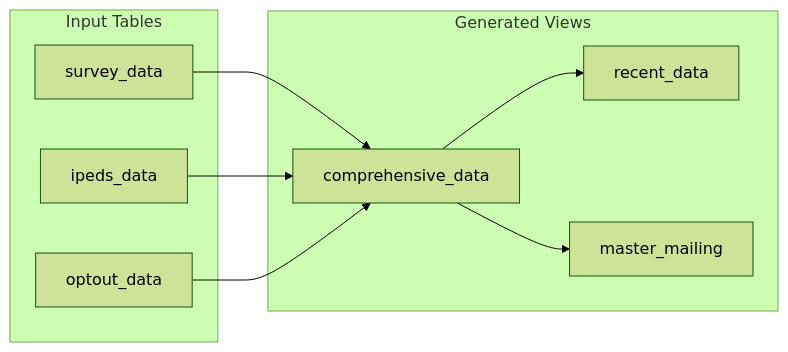
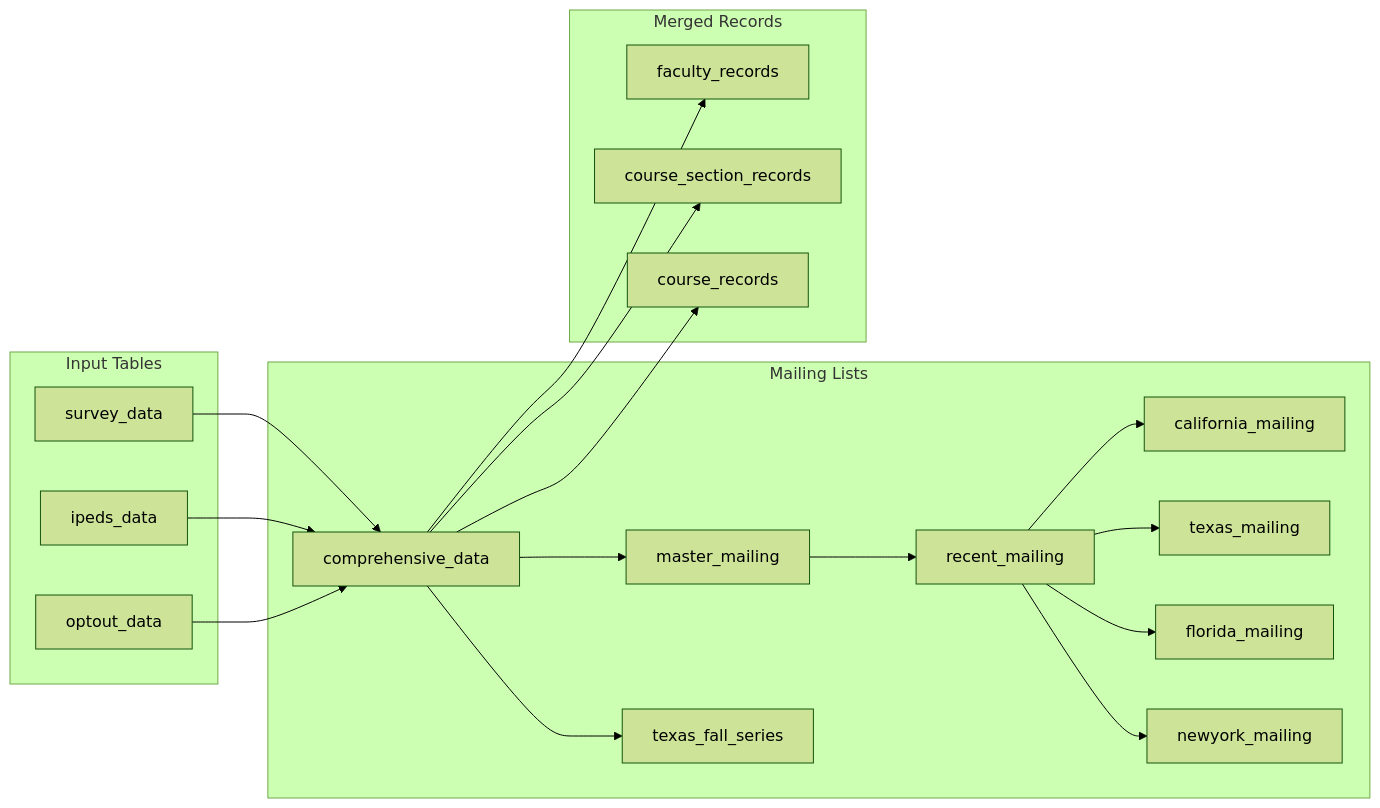
Before and after one commit to christopherseaman/commodoreSQL: the first of 7 diagrams in docs/process_documentation.md, drawn with Mermaid (forest theme). The commit also changed other lines of this file and 8 other files, not shown here.

````diff
--- a/docs/process_documentation.md
+++ b/docs/process_documentation.md
@@ -11,20 +11,41 @@
 ```mermaid
 graph LR
     subgraph "Input Tables"
         S[survey_data]
         I[ipeds_data]
         O[optout_data]
     end
     
-    subgraph "Generated Views"
+    subgraph "Mailing Lists"
         CD[comprehensive_data]
-        RD[recent_data]
         MM[master_mailing]
+        RM[recent_mailing]
+        CA[california_mailing]
+        TX[texas_mailing]
+        FL[florida_mailing]
+        NY[newyork_mailing]
+        TXF[texas_fall_series]
+    end
+    
+    subgraph "Merged Records"
+        FR[faculty_records]
+        CSR[course_section_records]
+        CR[course_records]
     end
     
     S --> CD
     I --> CD
     O --> CD
-    CD --> RD
+    
     CD --> MM
+    MM --> RM
+    RM --> CA
+    RM --> TX
+    RM --> FL
+    RM --> NY
+    
+    CD --> TXF
+    CD --> FR
+    CD --> CSR
+    CD --> CR
 ```
````
